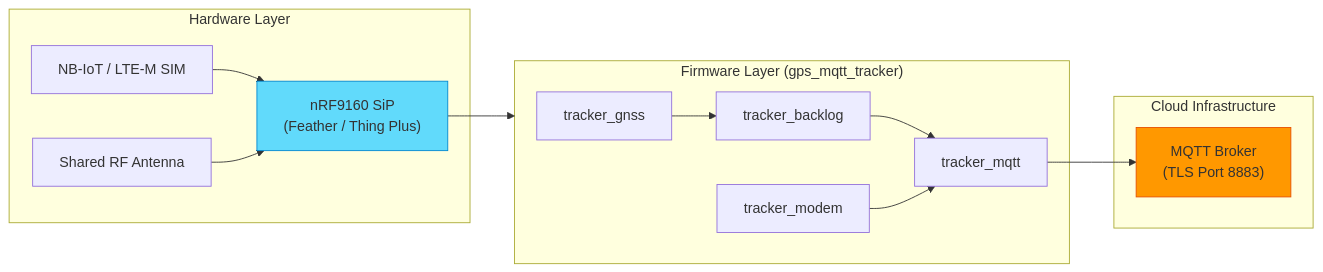
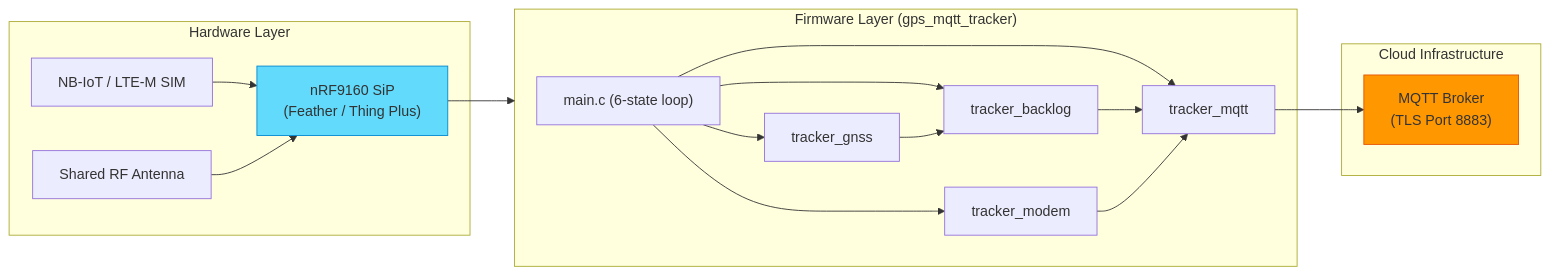
The diagram in README.md (Faiisu/WildLifeTracking-NBIOT), drawn with Mermaid before and after one commit. The commit also changed other lines of this file and 11 other files, not shown here.

````diff
--- a/README.md
+++ b/README.md
@@ -35,31 +33,36 @@
 ```mermaid
 graph LR
     subgraph Hardware ["Hardware Layer"]
         nRF91["nRF9160 SiP<br/>(Feather / Thing Plus)"]
         SIM["NB-IoT / LTE-M SIM"]
         ANT["Shared RF Antenna"]
     end
 
     subgraph Firmware ["Firmware Layer (gps_mqtt_tracker)"]
+        Main["main.c (6-state loop)"]
         GNSS["tracker_gnss"]
         Backlog["tracker_backlog"]
         Modem["tracker_modem"]
         MQTT["tracker_mqtt"]
     end
 
     subgraph Cloud ["Cloud Infrastructure"]
         Broker["MQTT Broker<br/>(TLS Port 8883)"]
     end
 
     nRF91 --> Firmware
     SIM --> nRF91
     ANT --> nRF91
 
+    Main --> GNSS
+    Main --> Backlog
+    Main --> Modem
+    Main --> MQTT
     GNSS --> Backlog
     Backlog --> MQTT
     Modem --> MQTT
     MQTT --> Broker
 
     style nRF91 fill:#61dafb,stroke:#0288d1
     style Broker fill:#ff9800,stroke:#e65100
 ```
````
